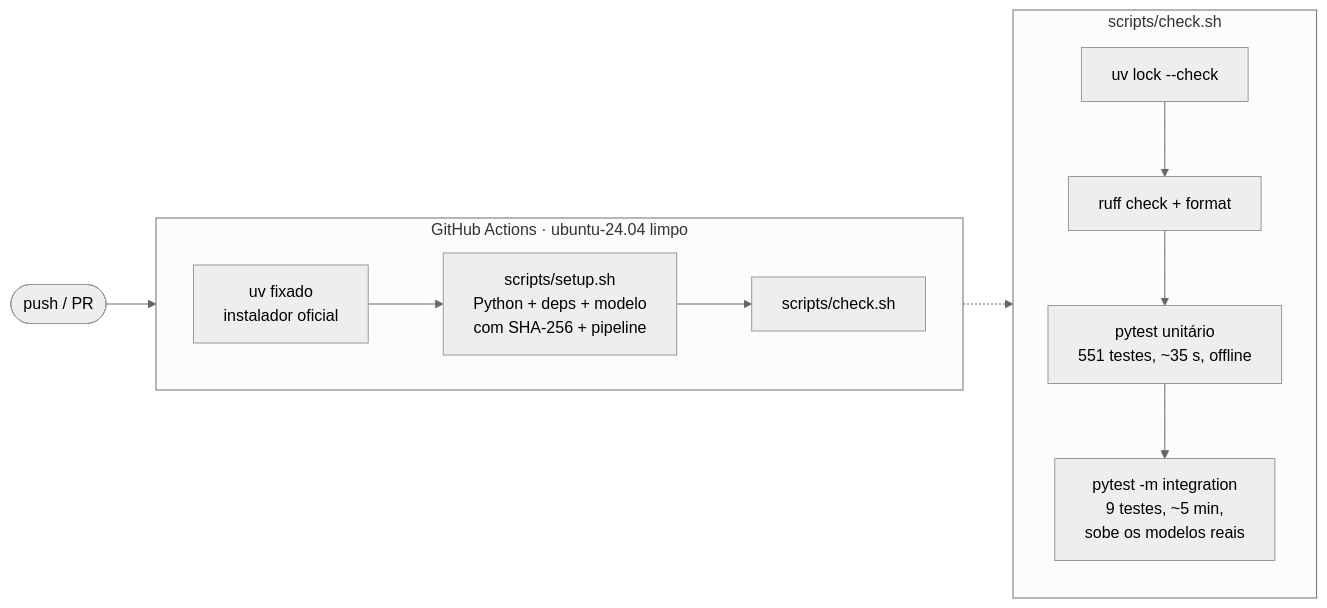
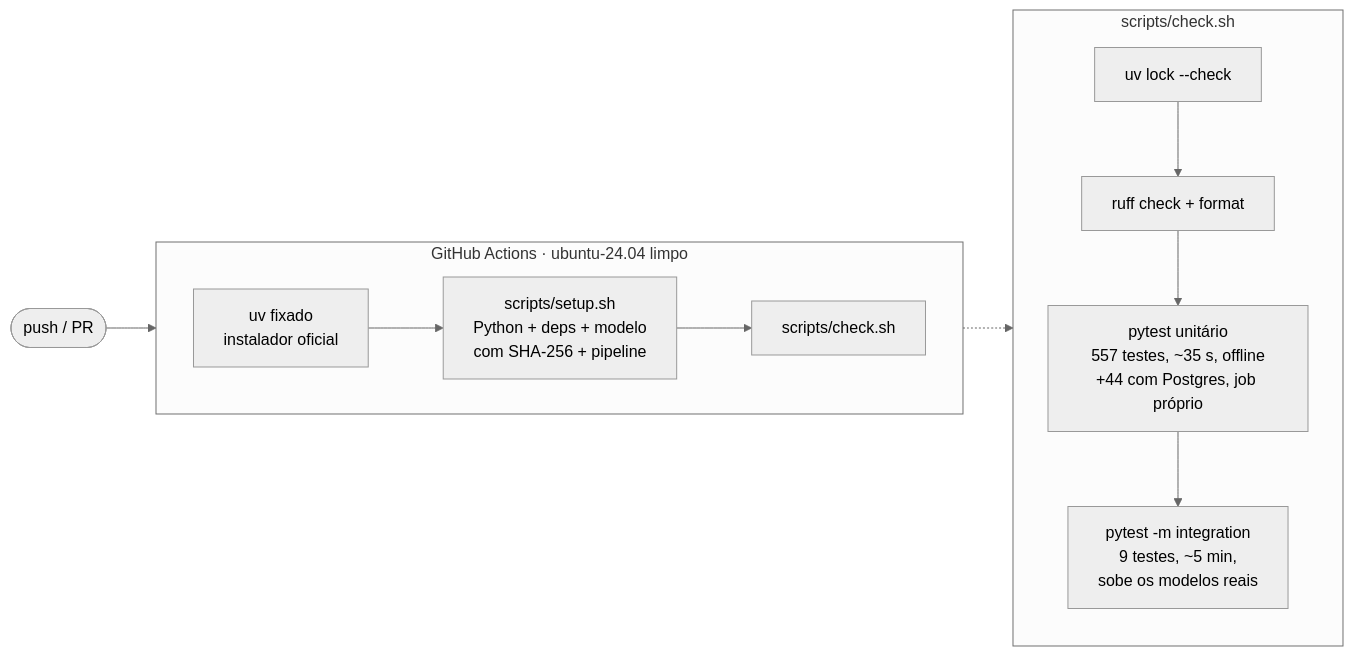
One commit to RonildoSilva/ai-engineer-challenge changed the sixth of 21 diagrams in README.md. Above: the diagram before and after it, drawn with Mermaid (neutral theme). The commit also changed other lines of this file and 23 other files, not shown here.

First line of the commit message:
feat(scale): adaptadores Postgres/pgvector, compose e testes de contrato no CI

````diff
--- a/README.md
+++ b/README.md
@@ -265,15 +265,15 @@
 ```mermaid
 flowchart LR
     P([push / PR]) --> CI
     subgraph CI[GitHub Actions · ubuntu-24.04 limpo]
         direction LR
         U[uv fixado<br/>instalador oficial] --> S[scripts/setup.sh<br/>Python + deps + modelo<br/>com SHA-256 + pipeline] --> K[scripts/check.sh]
     end
     subgraph K2[scripts/check.sh]
         direction TB
         L1[uv lock --check] --> L2[ruff check + format]
-        L2 --> L3[pytest unitário<br/>551 testes, ~35 s, offline]
+        L2 --> L3[pytest unitário<br/>557 testes, ~35 s, offline<br/>+44 com Postgres, job próprio]
         L3 --> L4[pytest -m integration<br/>9 testes, ~5 min,<br/>sobe os modelos reais]
     end
     K -.-> K2
 ```
````
